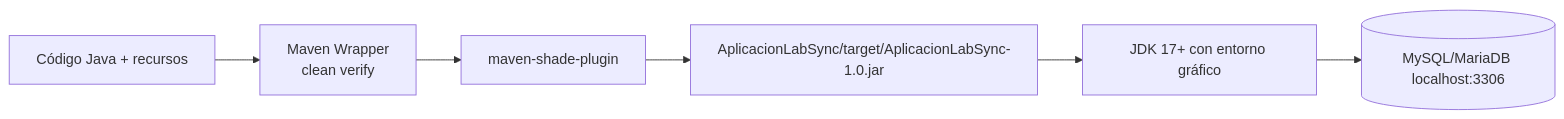
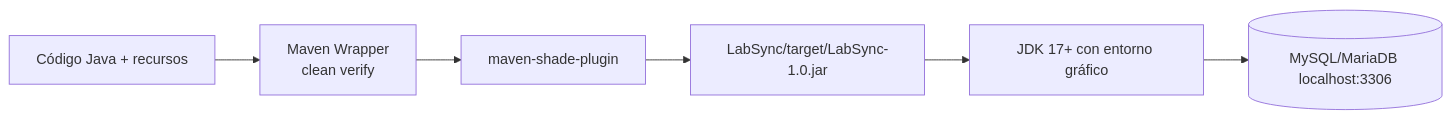
Before and after one commit to Ivangamo55/LabSync: the sixth of 6 diagrams in docs/ARQUITECTURA_Y_FLUJOS.md, drawn with Mermaid. The commit also changed other lines of this file and 108 other files, not shown here.

````diff
--- a/docs/ARQUITECTURA_Y_FLUJOS.md
+++ b/docs/ARQUITECTURA_Y_FLUJOS.md
@@ -215,8 +307,8 @@
 ```mermaid
 flowchart LR
     SRC[Código Java + recursos] --> MVN[Maven Wrapper\nclean verify]
     MVN --> SHADE[maven-shade-plugin]
-    SHADE --> JAR[AplicacionLabSync/target/AplicacionLabSync-1.0.jar]
+    SHADE --> JAR[LabSync/target/LabSync-1.0.jar]
     JAR --> JVM[JDK 17+ con entorno gráfico]
     JVM --> MYSQL[(MySQL/MariaDB localhost:3306)]
 ```
````
